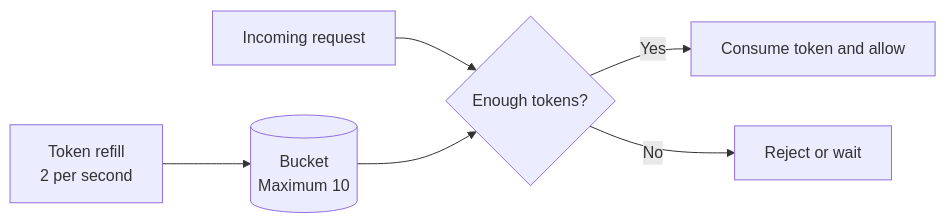
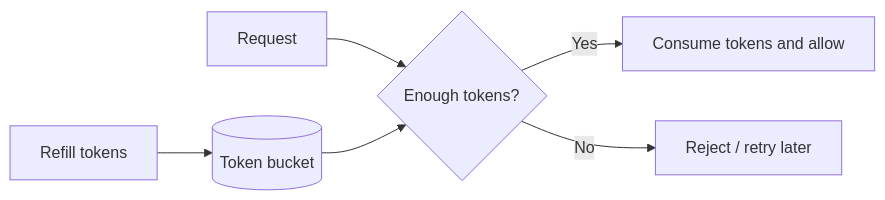
Before and after one commit to AvadhBhalodiya/Interview-Preparation: the third of 4 diagrams in src/content/api-design/rate-limiting.md, drawn with Mermaid. The commit also changed other lines of this file and 54 other files, not shown here.

````diff
--- a/src/content/api-design/rate-limiting.md
+++ b/src/content/api-design/rate-limiting.md
@@ -484,8 +221,8 @@
 ```mermaid
 flowchart LR
-    A[Token refill<br/>2 per second] --> B[(Bucket<br/>Maximum 10)]
-    C[Incoming request] --> D{Enough tokens?}
+    A[Refill tokens] --> B[(Token bucket)]
+    C[Request] --> D{Enough tokens?}
     B --> D
-    D -- Yes --> E[Consume token and allow]
-    D -- No --> F[Reject or wait]
+    D -- Yes --> E[Consume tokens and allow]
+    D -- No --> F[Reject / retry later]
 ```
````
